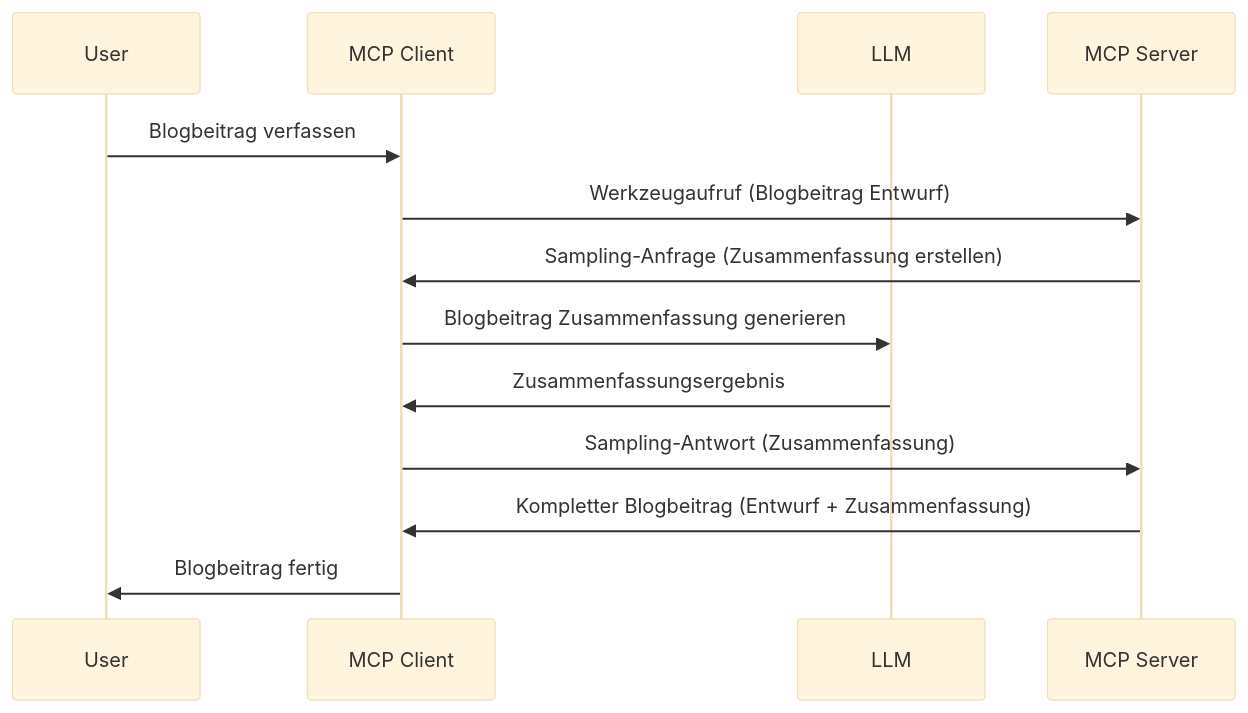
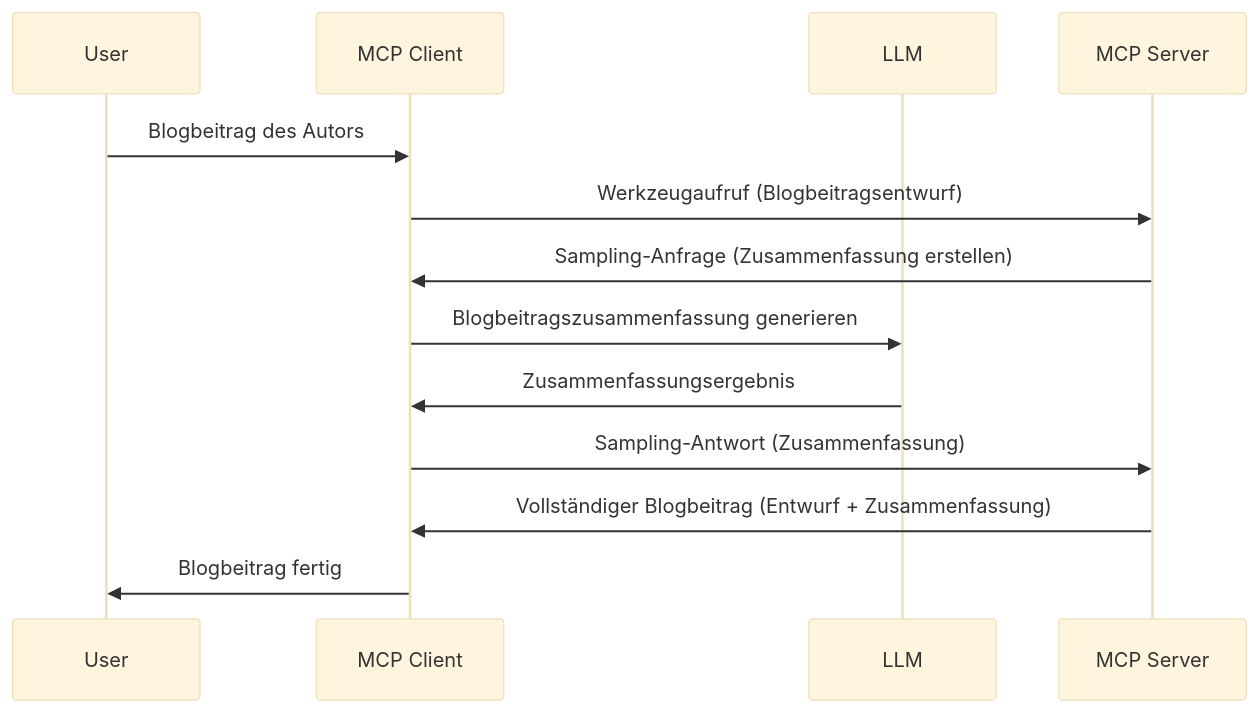
One commit to HIDORAKAI002/ai-workspace-archive changed the diagram in mcp_ecosystem__model_context_protocol/mcp_learning_resources/mcp-for-beginners/translations/de/03-GettingStarted/14-sampling/README.md. Above: the diagram before and after it, drawn with Mermaid (base theme). The commit also changed other lines of this file and 1046 other files, not shown here.

````diff
--- a/mcp_ecosystem__model_context_protocol/mcp_learning_resources/mcp-for-beginners/translations/de/03-GettingStarted/14-sampling/README.md
+++ b/mcp_ecosystem__model_context_protocol/mcp_learning_resources/mcp-for-beginners/translations/de/03-GettingStarted/14-sampling/README.md
@@ -23,16 +25,16 @@
 ```mermaid
 sequenceDiagram
     participant User
     participant MCP Client
     participant LLM
     participant MCP Server
 
-    User->>MCP Client: Blogbeitrag verfassen
-    MCP Client->>MCP Server: Werkzeugaufruf (Blogbeitrag Entwurf)
+    User->>MCP Client: Blogbeitrag des Autors
+    MCP Client->>MCP Server: Werkzeugaufruf (Blogbeitragsentwurf)
     MCP Server->>MCP Client: Sampling-Anfrage (Zusammenfassung erstellen)
-    MCP Client->>LLM: Blogbeitrag Zusammenfassung generieren
+    MCP Client->>LLM: Blogbeitragszusammenfassung generieren
     LLM->>MCP Client: Zusammenfassungsergebnis
     MCP Client->>MCP Server: Sampling-Antwort (Zusammenfassung)
-    MCP Server->>MCP Client: Kompletter Blogbeitrag (Entwurf + Zusammenfassung)
+    MCP Server->>MCP Client: Vollständiger Blogbeitrag (Entwurf + Zusammenfassung)
     MCP Client->>User: Blogbeitrag fertig
 ```
````
